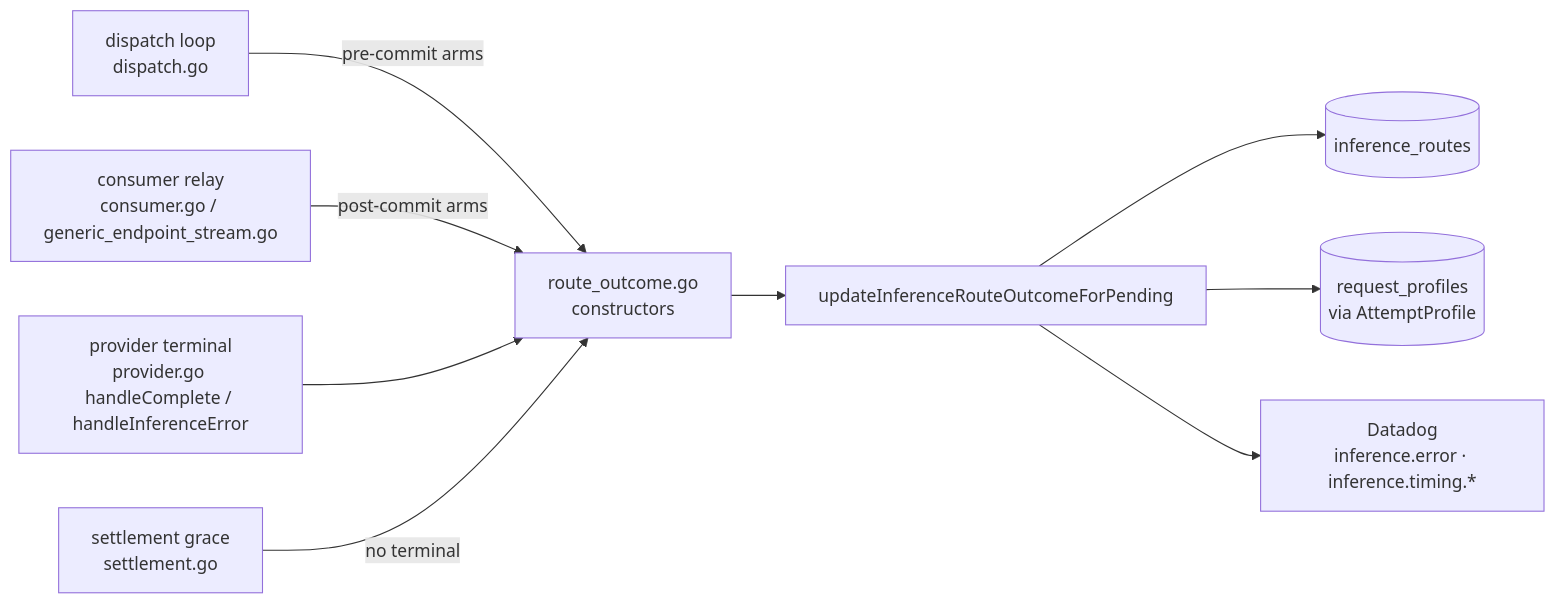
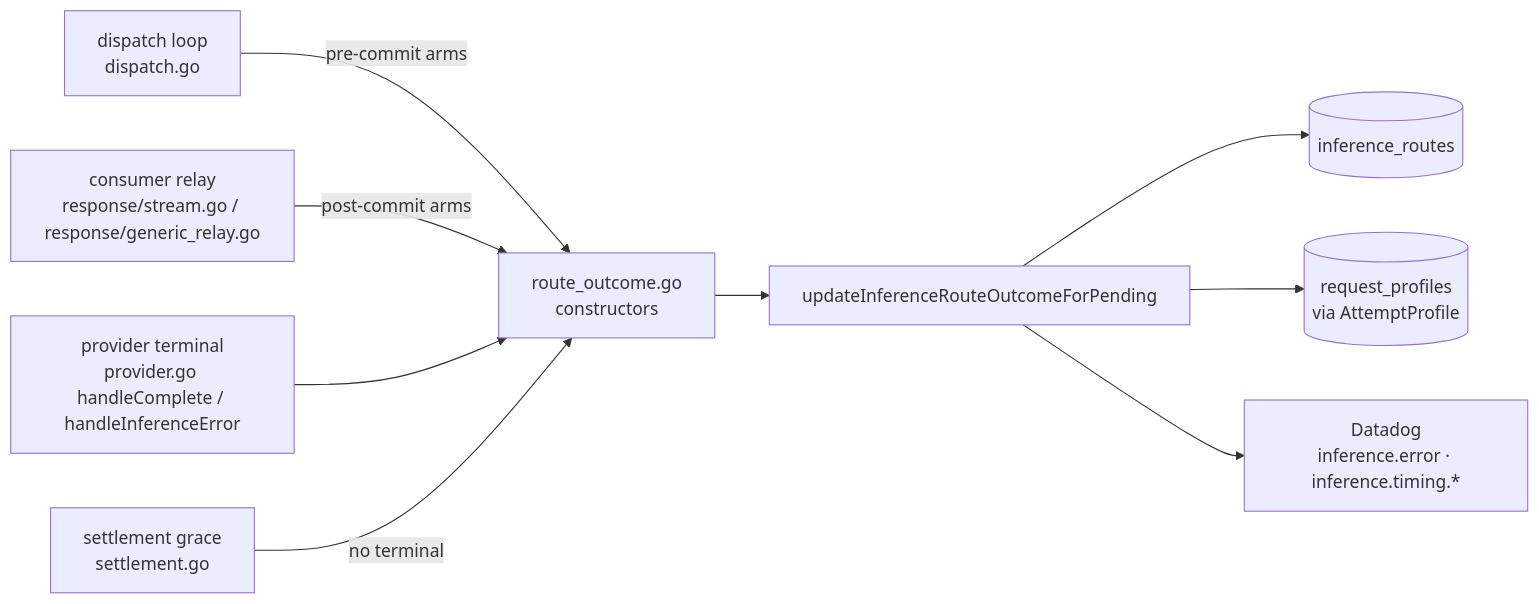
Before and after one commit to Layr-Labs/d-inference: the diagram in docs/architecture/request-outcome-observability.md, drawn with Mermaid. The commit also changed other lines of this file and 15 other files, not shown here.

````diff
--- a/docs/architecture/request-outcome-observability.md
+++ b/docs/architecture/request-outcome-observability.md
@@ -24,11 +24,11 @@
 ```mermaid
 flowchart LR
   A[dispatch loop<br/>dispatch.go] -->|pre-commit arms| F[route_outcome.go<br/>constructors]
-  B[consumer relay<br/>consumer.go / generic_endpoint_stream.go] -->|post-commit arms| F
+  B[consumer relay<br/>response/stream.go / response/generic_relay.go] -->|post-commit arms| F
   C[provider terminal<br/>provider.go handleComplete / handleInferenceError] --> F
   D[settlement grace<br/>settlement.go] -->|no terminal| F
   F --> G[updateInferenceRouteOutcomeForPending]
   G --> H[(inference_routes)]
   G --> I[(request_profiles<br/>via AttemptProfile)]
   G --> J[Datadog<br/>inference.error · inference.timing.*]
 ```
````
